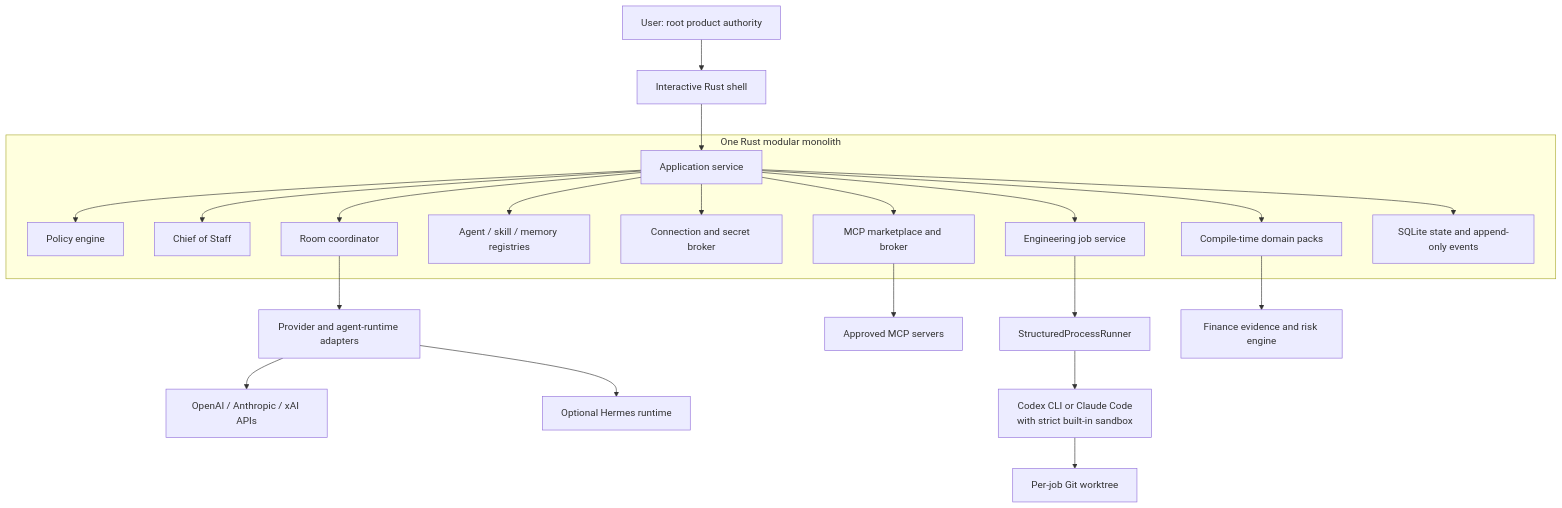
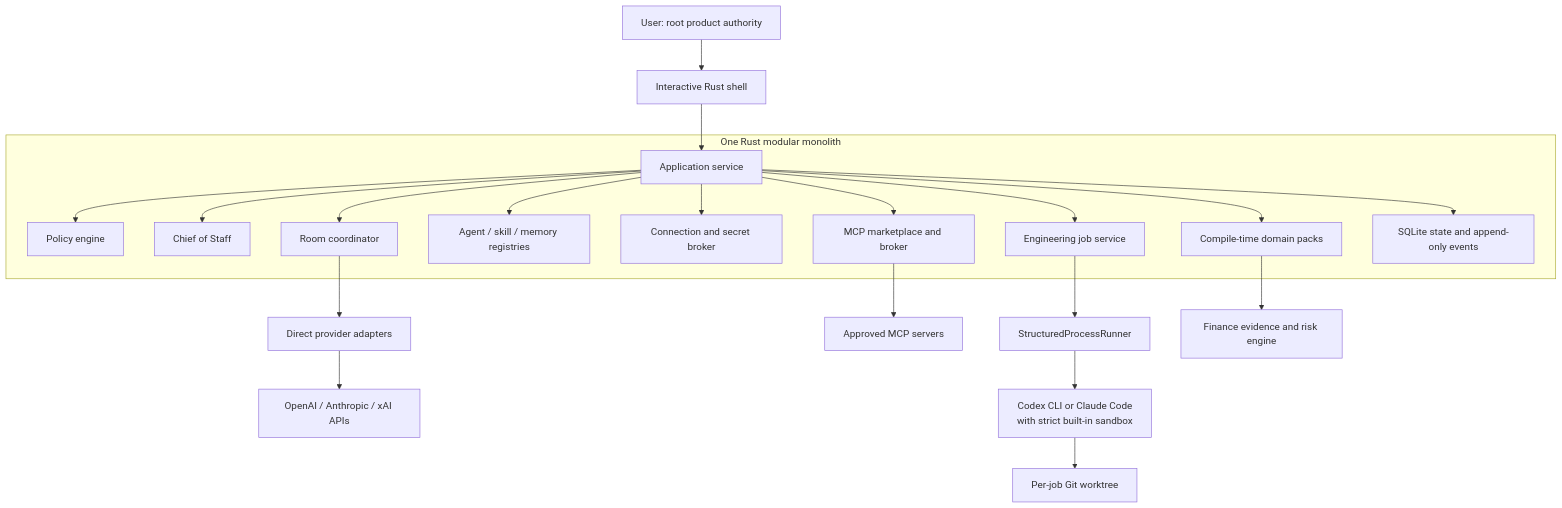
Before and after one commit to nsnguyen/ai-stock-forum: the first of 5 diagrams in architecture.md, drawn with Mermaid. The commit also changed other lines of this file and 1 other file, not shown here.

Commit message:
docs: defer Hermes beyond version 1

````diff
--- a/architecture.md
+++ b/architecture.md
@@ -119,29 +120,28 @@
 ```mermaid
 flowchart TB
     User["User: root product authority"] --> Shell["Interactive Rust shell"]
     Shell --> App["Application service"]
 
     subgraph Core["One Rust modular monolith"]
         App --> Policy["Policy engine"]
         App --> Chief["Chief of Staff"]
         App --> Rooms["Room coordinator"]
         App --> Profiles["Agent / skill / memory registries"]
         App --> Connections["Connection and secret broker"]
         App --> McpBroker["MCP marketplace and broker"]
         App --> Jobs["Engineering job service"]
         App --> Packs["Compile-time domain packs"]
         App --> Store["SQLite state and append-only events"]
     end
 
-    Rooms --> Inference["Provider and agent-runtime adapters"]
+    Rooms --> Inference["Direct provider adapters"]
     Inference --> APIs["OpenAI / Anthropic / xAI APIs"]
-    Inference --> Hermes["Optional Hermes runtime"]
 
     McpBroker --> ApprovedMcp["Approved MCP servers"]
 
     Jobs --> Runner["StructuredProcessRunner"]
     Runner --> CodingCli["Codex CLI or Claude Code<br/>with strict built-in sandbox"]
     CodingCli --> Worktree["Per-job Git worktree"]
 
     Packs --> Finance["Finance evidence and risk engine"]
 ```
````
